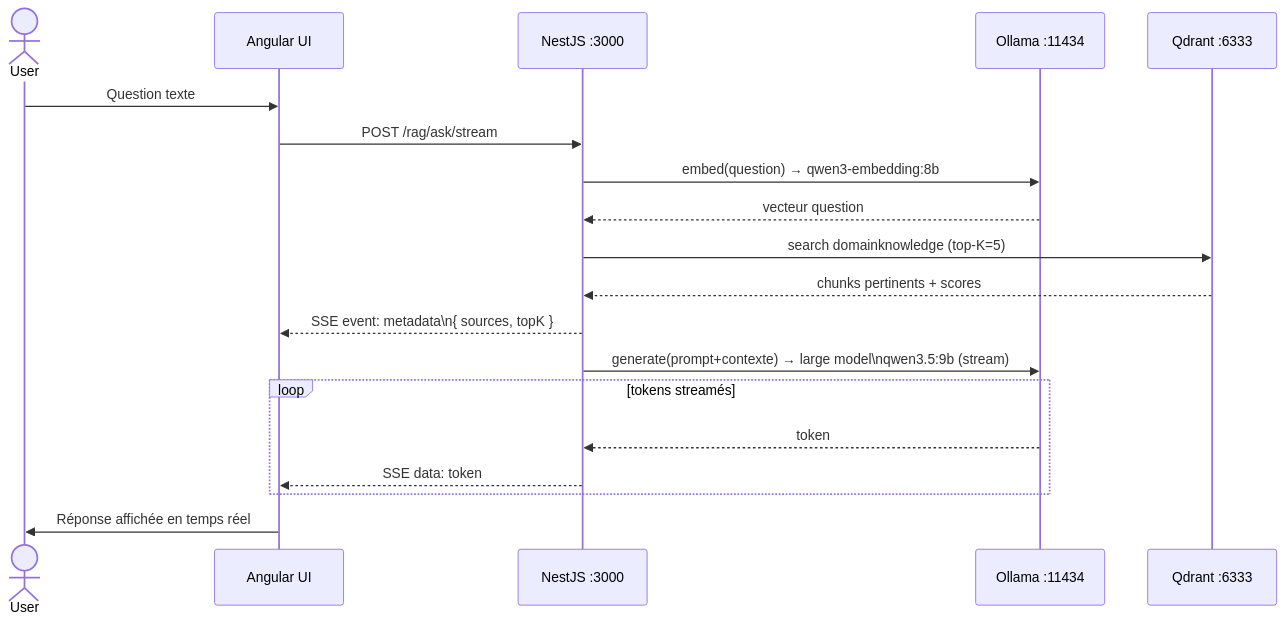
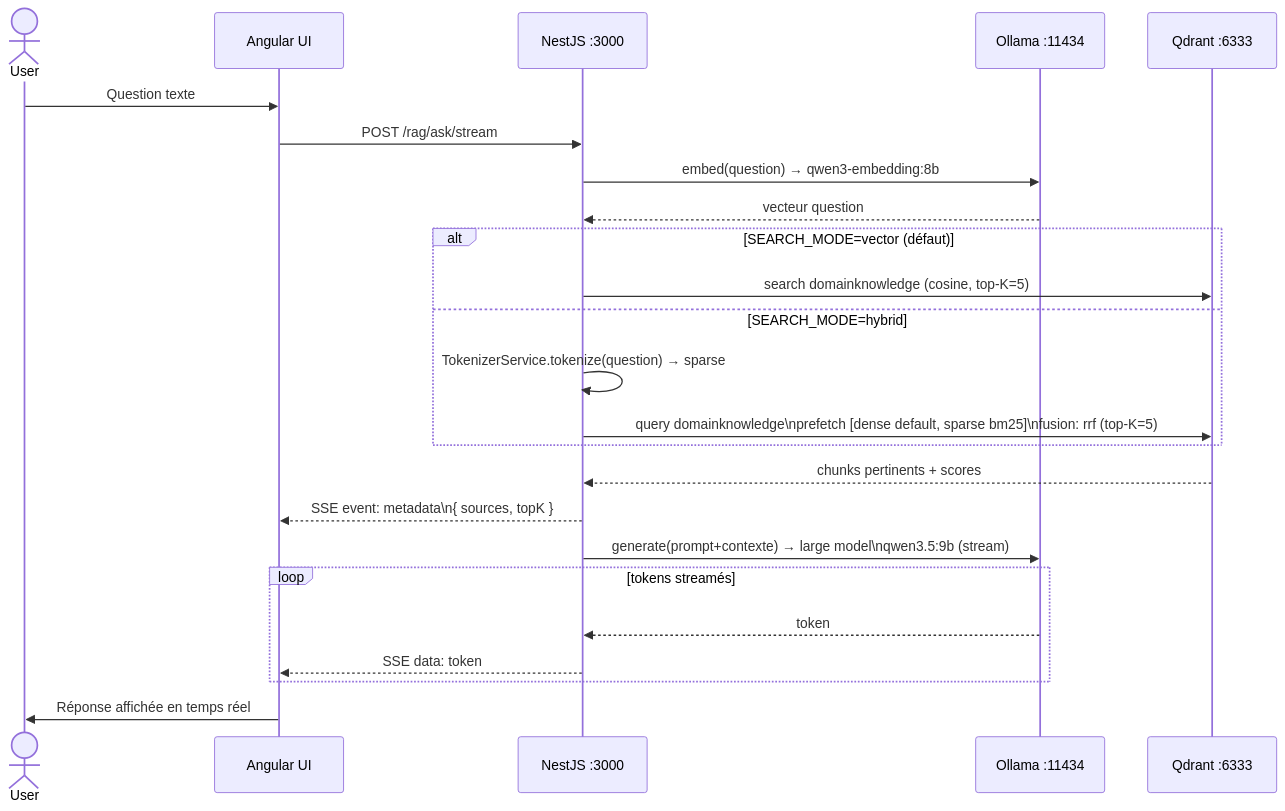
The third of 11 diagrams in plan/architecture-flows.md (Yesub/jarvis-full-solution), drawn with Mermaid before and after one commit. The commit also changed other lines of this file and 6 other files, not shown here.

Commit message:
feat: Implement TokenizerService for French text tokenization and integrate with RagService for hybrid search

````diff
--- a/plan/architecture-flows.md
+++ b/plan/architecture-flows.md
@@ -118,22 +119,27 @@
 ```mermaid
 sequenceDiagram
     actor User
     participant UI as Angular UI
     participant NestJS as NestJS :3000
     participant Ollama as Ollama :11434
     participant Qdrant as Qdrant :6333
 
     User->>UI: Question texte
     UI->>NestJS: POST /rag/ask/stream
     NestJS->>Ollama: embed(question) → qwen3-embedding:8b
     Ollama-->>NestJS: vecteur question
-    NestJS->>Qdrant: search domainknowledge (top-K=5)
+    alt SEARCH_MODE=vector (défaut)
+        NestJS->>Qdrant: search domainknowledge (cosine, top-K=5)
+    else SEARCH_MODE=hybrid
+        NestJS->>NestJS: TokenizerService.tokenize(question) → sparse
+        NestJS->>Qdrant: query domainknowledge\nprefetch [dense default, sparse bm25]\nfusion: rrf (top-K=5)
+    end
     Qdrant-->>NestJS: chunks pertinents + scores
     NestJS-->>UI: SSE event: metadata\n{ sources, topK }
     NestJS->>Ollama: generate(prompt+contexte) → large model\nqwen3.5:9b (stream)
     loop tokens streamés
         Ollama-->>NestJS: token
         NestJS-->>UI: SSE data: token
     end
     UI->>User: Réponse affichée en temps réel
 ```
````
